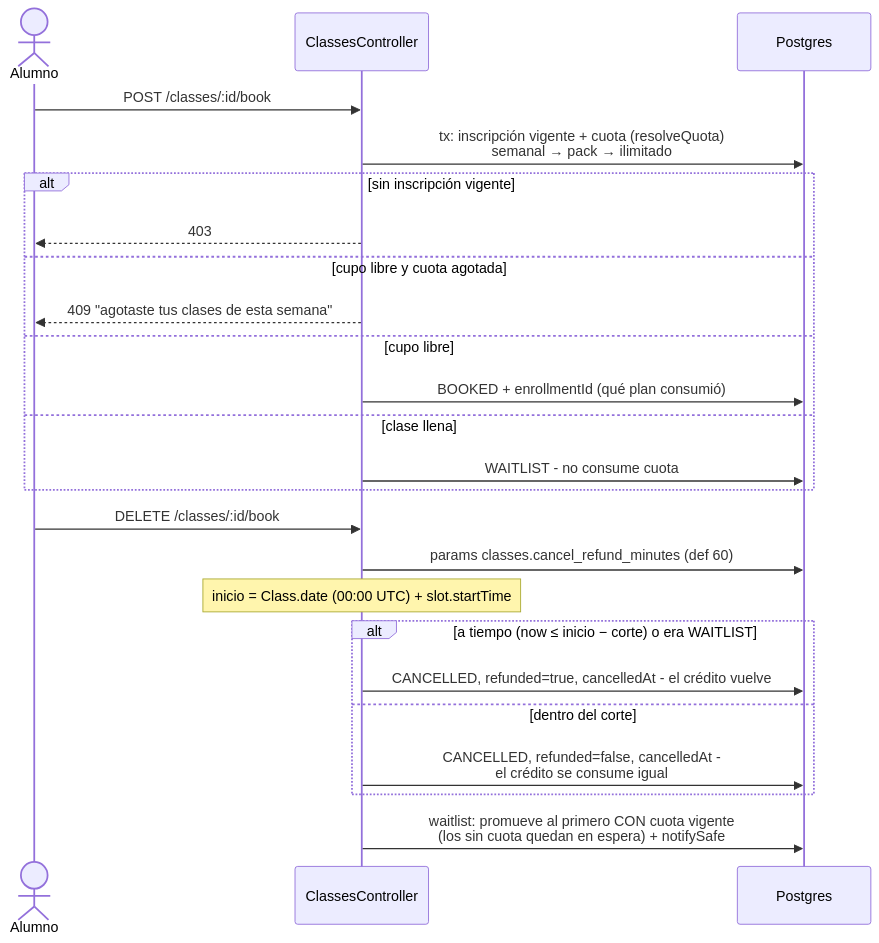
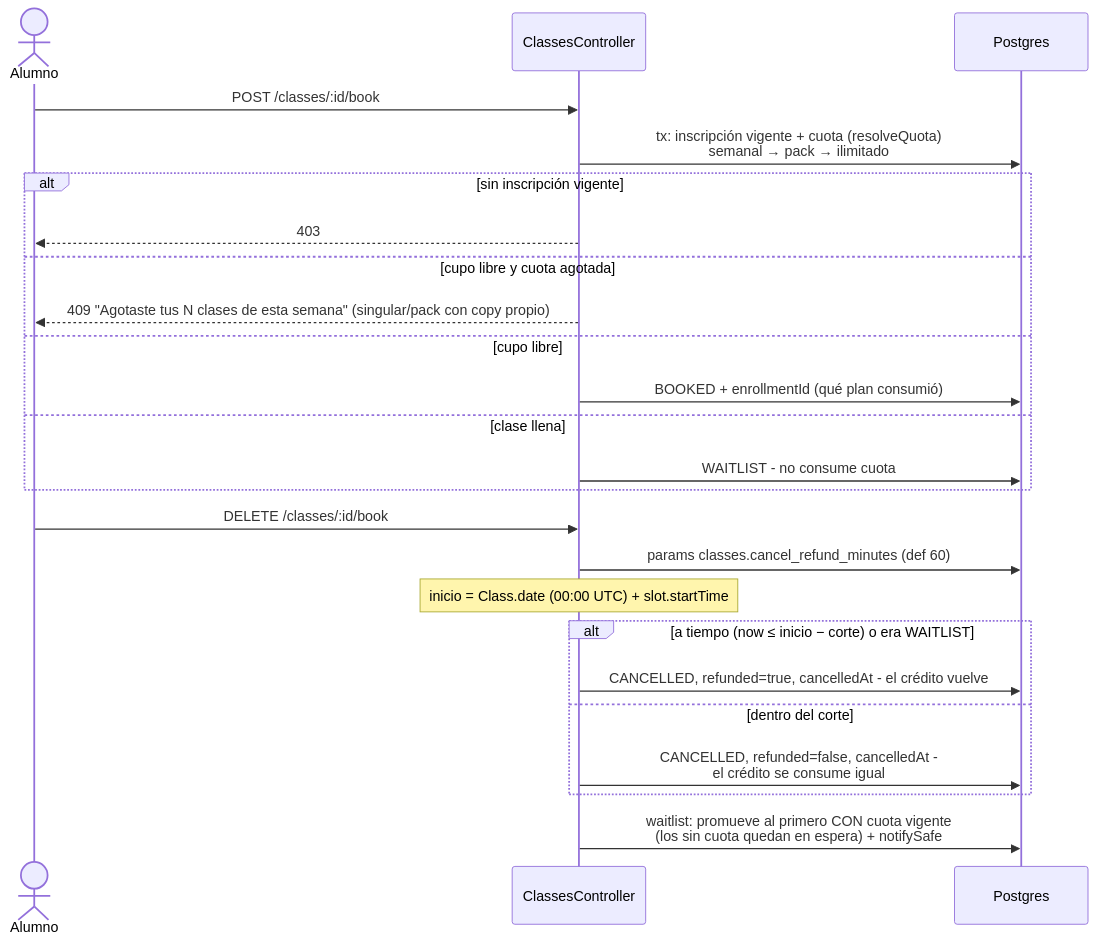
Before and after one commit to EduardoSalasG/omnidance: diagram 29 of 40 in docs/flows.md, drawn with Mermaid. The commit also changed 7 other files, not shown here.

Commit message:
chore: archive home-weekly-quota + docs sync (openapi 338, flows, qa-inventory)

````diff
--- a/docs/flows.md
+++ b/docs/flows.md
@@ -643,28 +643,28 @@
 ```mermaid
 sequenceDiagram
     actor U as Alumno
     participant API as ClassesController
     participant DB as Postgres
 
     U->>API: POST /classes/:id/book
     API->>DB: tx: inscripción vigente + cuota (resolveQuota)<br/>semanal → pack → ilimitado
     alt sin inscripción vigente
         API-->>U: 403
     else cupo libre y cuota agotada
-        API-->>U: 409 "agotaste tus clases de esta semana"
+        API-->>U: 409 "Agotaste tus N clases de esta semana" (singular/pack con copy propio)
     else cupo libre
         API->>DB: BOOKED + enrollmentId (qué plan consumió)
     else clase llena
         API->>DB: WAITLIST - no consume cuota
     end
 
     U->>API: DELETE /classes/:id/book
     API->>DB: params classes.cancel_refund_minutes (def 60)
     Note over API: inicio = Class.date (00:00 UTC) + slot.startTime
     alt a tiempo (now ≤ inicio − corte) o era WAITLIST
         API->>DB: CANCELLED, refunded=true, cancelledAt - el crédito vuelve
     else dentro del corte
         API->>DB: CANCELLED, refunded=false, cancelledAt -<br/>el crédito se consume igual
     end
     API->>DB: waitlist: promueve al primero CON cuota vigente<br/>(los sin cuota quedan en espera) + notifySafe
 ```
````
